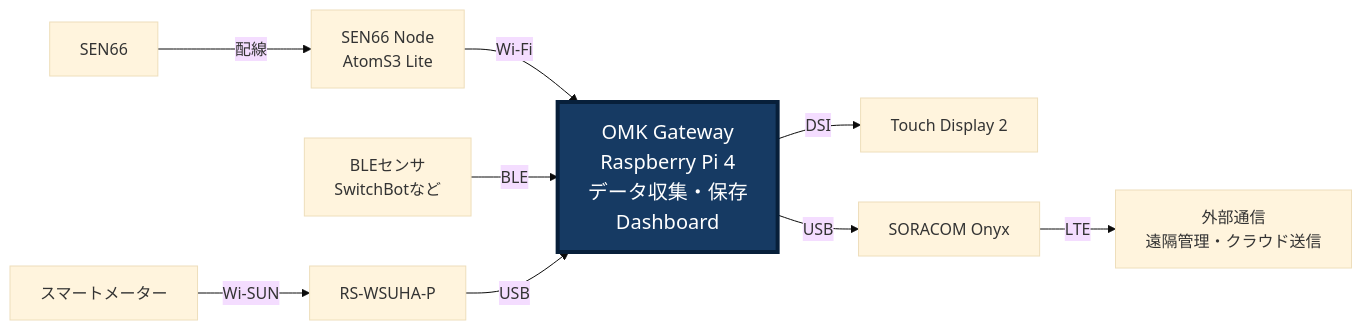
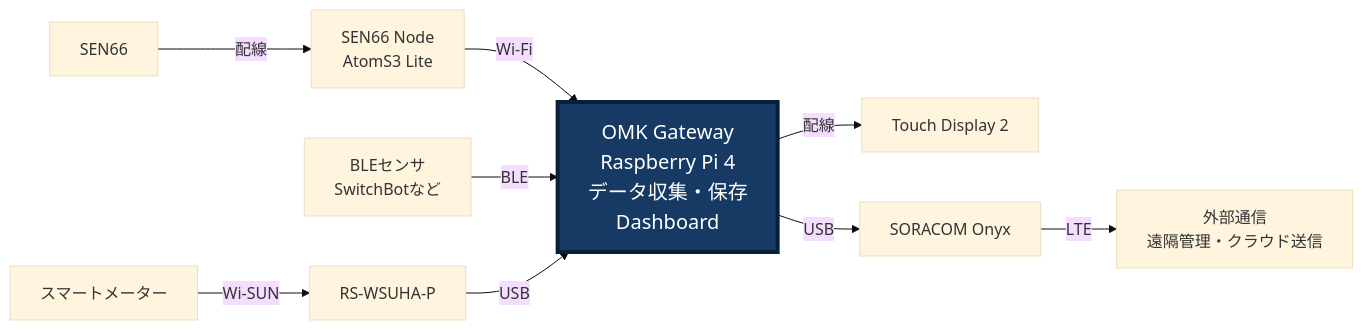
One commit to shattori-criepi/omk changed the diagram in docs/user/getting-started.md. Above: the diagram before and after it, drawn with Mermaid (base theme). The commit also changed other lines of this file and 5 other files, not shown here.

````diff
--- a/docs/user/getting-started.md
+++ b/docs/user/getting-started.md
@@ -21,13 +21,13 @@
 ```mermaid
 flowchart LR
     sen66["SEN66"] -->|配線| node["SEN66 Node<br/>AtomS3 Lite"]
     node -->|Wi-Fi| gw["OMK Gateway<br/>Raspberry Pi 4<br/>データ収集・保存<br/>Dashboard"]
     ble["BLEセンサ<br/>SwitchBotなど"] -->|BLE| gw
     meter["スマートメーター"] -->|Wi-SUN| adapter["RS-WSUHA-P"]
     adapter -->|USB| gw
-    gw -->|DSI| display["Touch Display 2"]
+    gw -->|配線| display["Touch Display 2"]
     gw -->|USB| onyx["SORACOM Onyx"]
     onyx -->|LTE| external["外部通信<br/>遠隔管理・クラウド送信"]
     classDef gateway fill:#163a63,color:#fff,stroke:#071f3a,stroke-width:4px,font-size:20px;
     class gw gateway;
 ```
````
